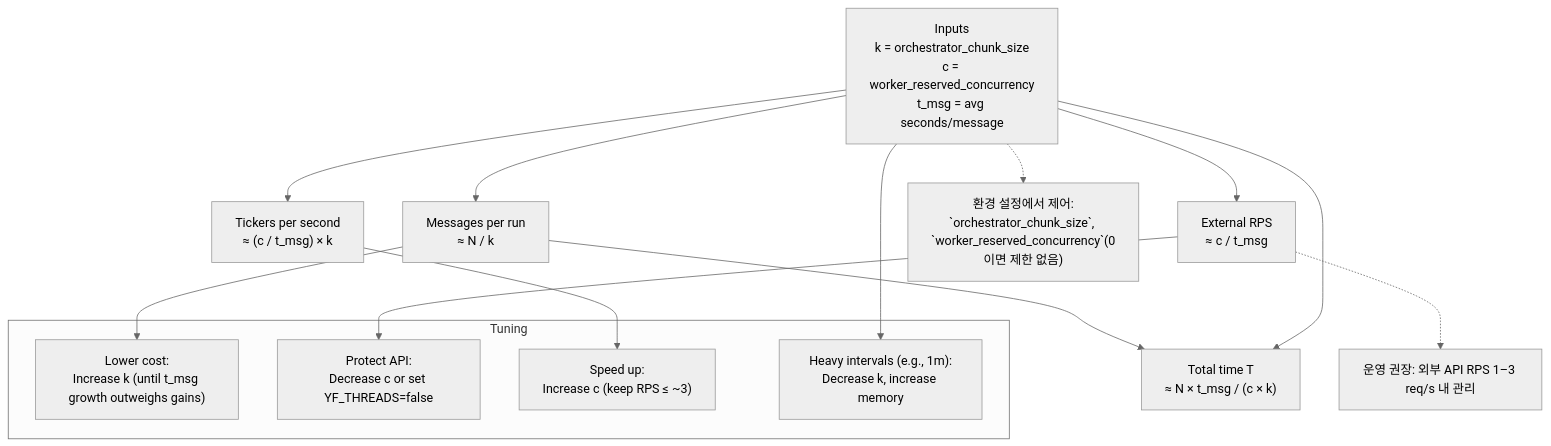
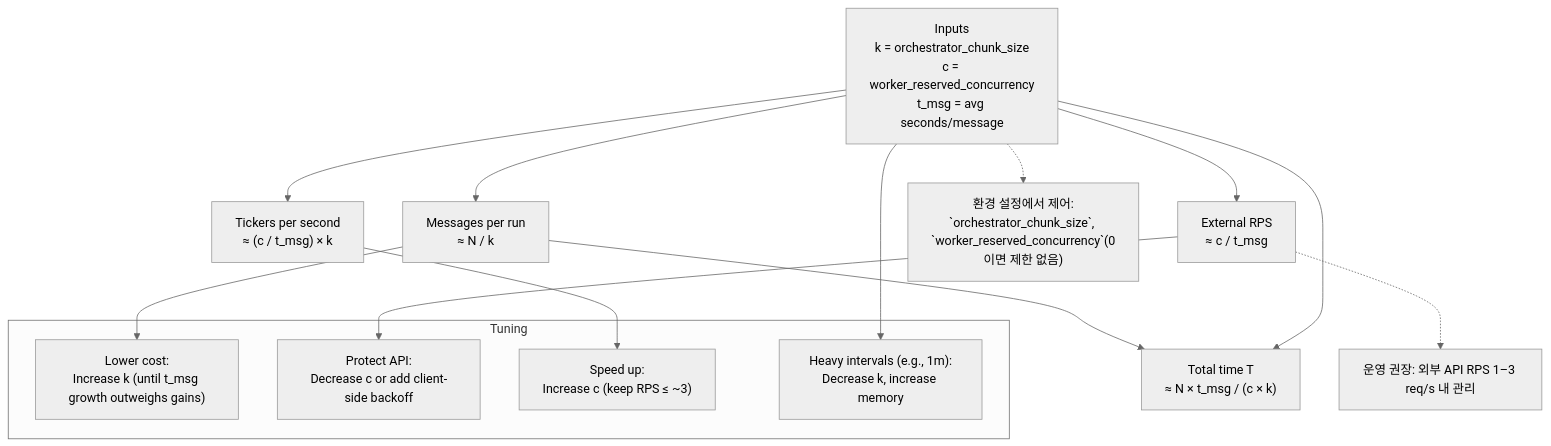
The diagram in docs/diagrams/extract/05-concurrency-and-rps.md (keemgdeok/fin-forge-pipeline), drawn with Mermaid (neutral theme) before and after one commit. The commit also changed 22 other files, not shown here.

````diff
--- a/docs/diagrams/extract/05-concurrency-and-rps.md
+++ b/docs/diagrams/extract/05-concurrency-and-rps.md
@@ -1,31 +1,31 @@
 ```mermaid
 flowchart TD
   A["Inputs<br/>k = orchestrator_chunk_size<br/>c = worker_reserved_concurrency<br/>t_msg = avg seconds/message"]
   B["Messages per run<br/>≈ N / k"]
   C["External RPS<br/>≈ c / t_msg"]
   D["Tickers per second<br/>≈ (c / t_msg) × k"]
   E["Total time T<br/>≈ N × t_msg / (c × k)"]
 
   A --> B
   A --> C
   A --> D
   A --> E
   B --> E
 
   subgraph Tuning
     F["Lower cost:<br/>Increase k (until t_msg growth outweighs gains)"]
-    G["Protect API:<br/>Decrease c or set YF_THREADS=false"]
+    G["Protect API:<br/>Decrease c or add client-side backoff"]
     H["Speed up:<br/>Increase c (keep RPS ≤ ~3)"]
     I["Heavy intervals (e.g., 1m):<br/>Decrease k, increase memory"]
   end
 
   C --> G
   D --> H
   B --> F
   A --> I
 
   N1["환경 설정에서 제어:<br/>`orchestrator_chunk_size`, `worker_reserved_concurrency`(0이면 제한 없음)"]
   N2["운영 권장: 외부 API RPS 1–3 req/s 내 관리"]
   A -.-> N1
   C -.-> N2
 ```
````
